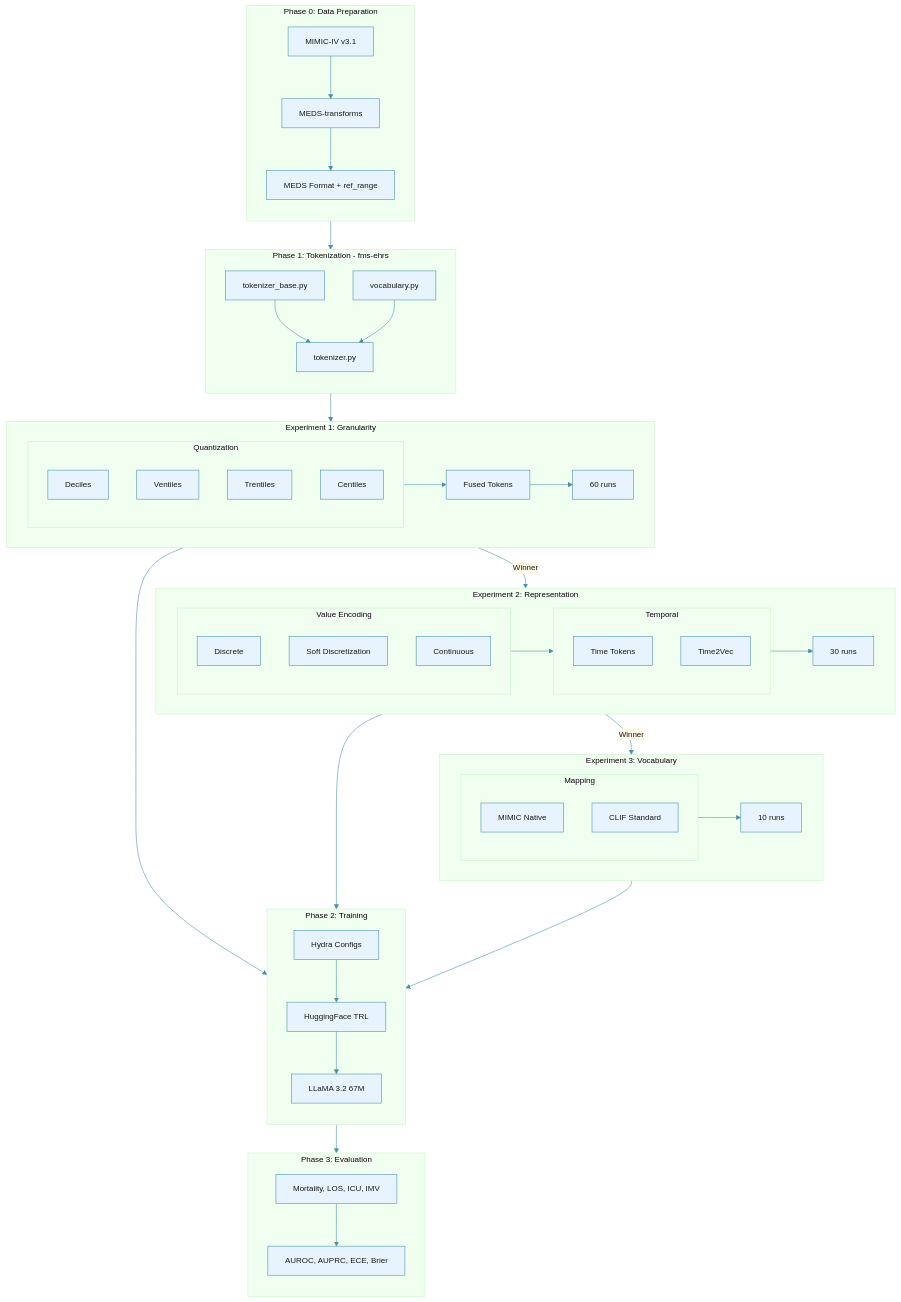
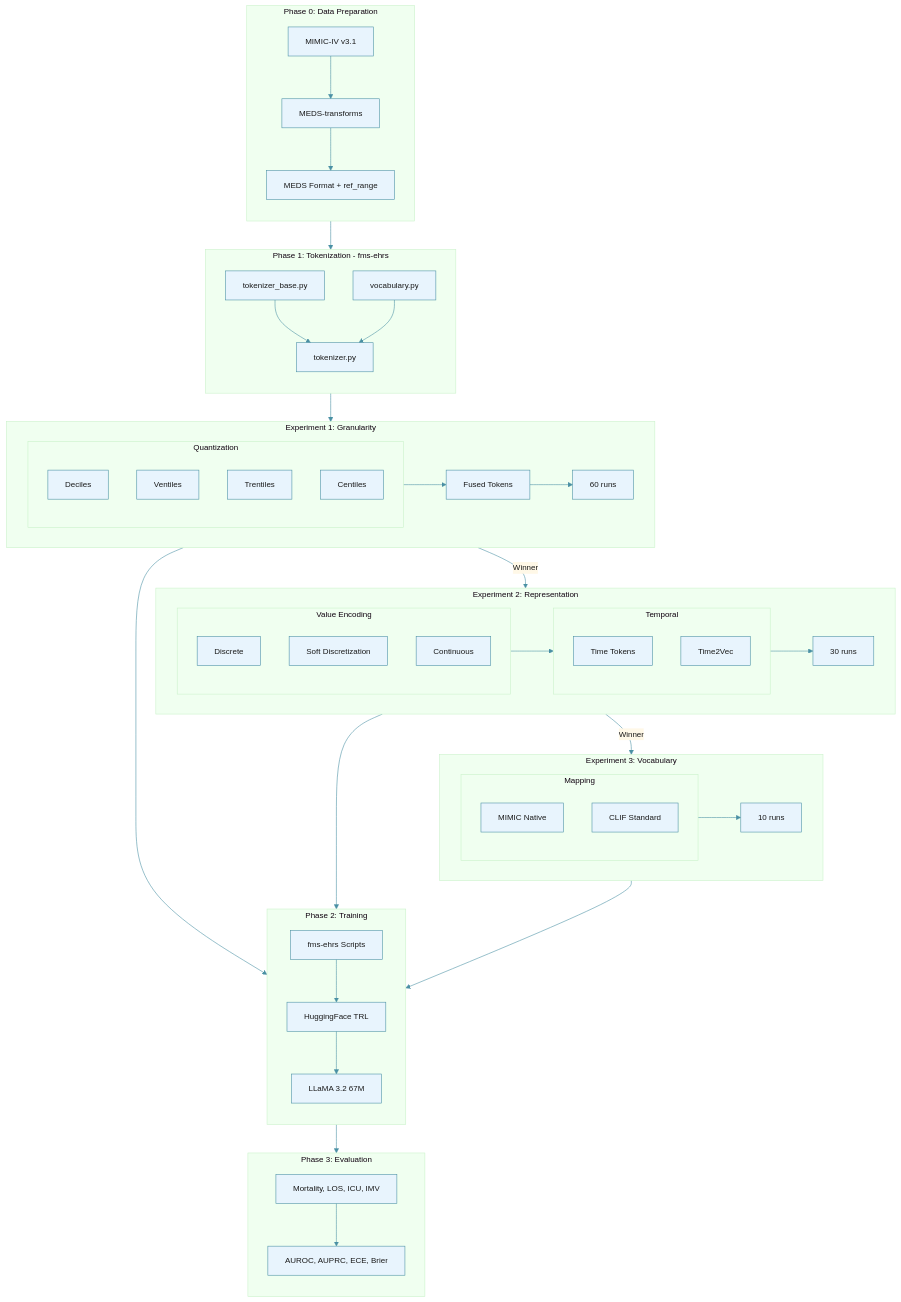
The diagram in methods/proposal.md (bbj-lab/input-representation-benchmark), drawn with Mermaid before and after one commit. The commit also changed other lines of this file and 19 other files, not shown here.

```diff
--- a/methods/proposal.md
+++ b/methods/proposal.md
@@ -266,7 +266,7 @@
 
     subgraph P2["Phase 2: Training"]
         direction TB
-        CONFIG["Hydra Configs"]
+        CONFIG["fms-ehrs Scripts"]
         TRAIN["HuggingFace TRL"]
         MODEL["LLaMA 3.2 67M"]
         
```
